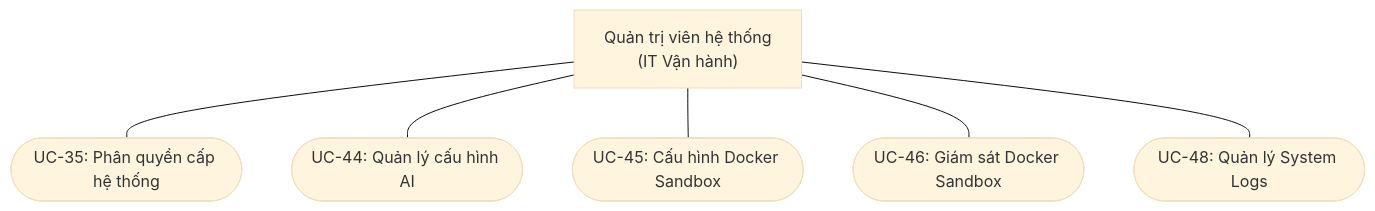
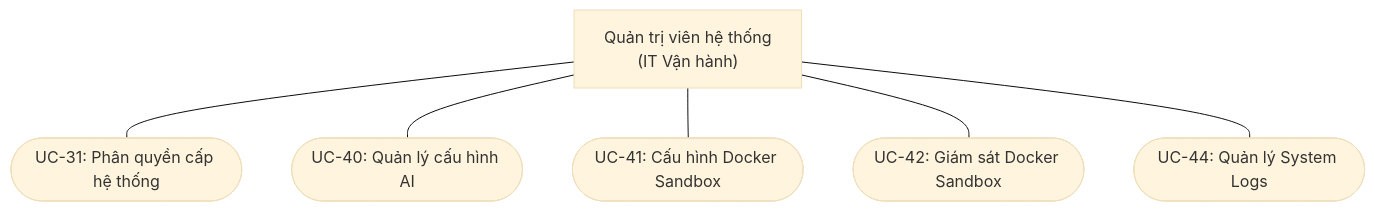
The sixth of 7 diagrams in docs/USE_CASE_DIAGRAMS.md (minhthuy70/ai-coding-tutor), drawn with Mermaid (base theme) before and after one commit. The commit also changed other lines of this file and 7 other files, not shown here.

````diff
--- a/docs/USE_CASE_DIAGRAMS.md
+++ b/docs/USE_CASE_DIAGRAMS.md
@@ -197,19 +195,19 @@
 ```mermaid
 flowchart TB
     %% Actors
     QuanTriVienHeThong["Quản trị viên hệ thống\n(IT Vận hành)"]
 
     %% Use Cases
-    UC35(["UC-35: Phân quyền cấp hệ thống"])
-    UC44(["UC-44: Quản lý cấu hình AI"])
-    UC45(["UC-45: Cấu hình Docker Sandbox"])
-    UC46(["UC-46: Giám sát Docker Sandbox"])
-    UC48(["UC-48: Quản lý System Logs"])
+    UC31_Sys(["UC-31: Phân quyền cấp hệ thống"])
+    UC40(["UC-40: Quản lý cấu hình AI"])
+    UC41(["UC-41: Cấu hình Docker Sandbox"])
+    UC42(["UC-42: Giám sát Docker Sandbox"])
+    UC44(["UC-44: Quản lý System Logs"])
 
     %% Associations
-    QuanTriVienHeThong --- UC35
+    QuanTriVienHeThong --- UC31_Sys
+    QuanTriVienHeThong --- UC40
+    QuanTriVienHeThong --- UC41
+    QuanTriVienHeThong --- UC42
     QuanTriVienHeThong --- UC44
-    QuanTriVienHeThong --- UC45
-    QuanTriVienHeThong --- UC46
-    QuanTriVienHeThong --- UC48
 ```
````
